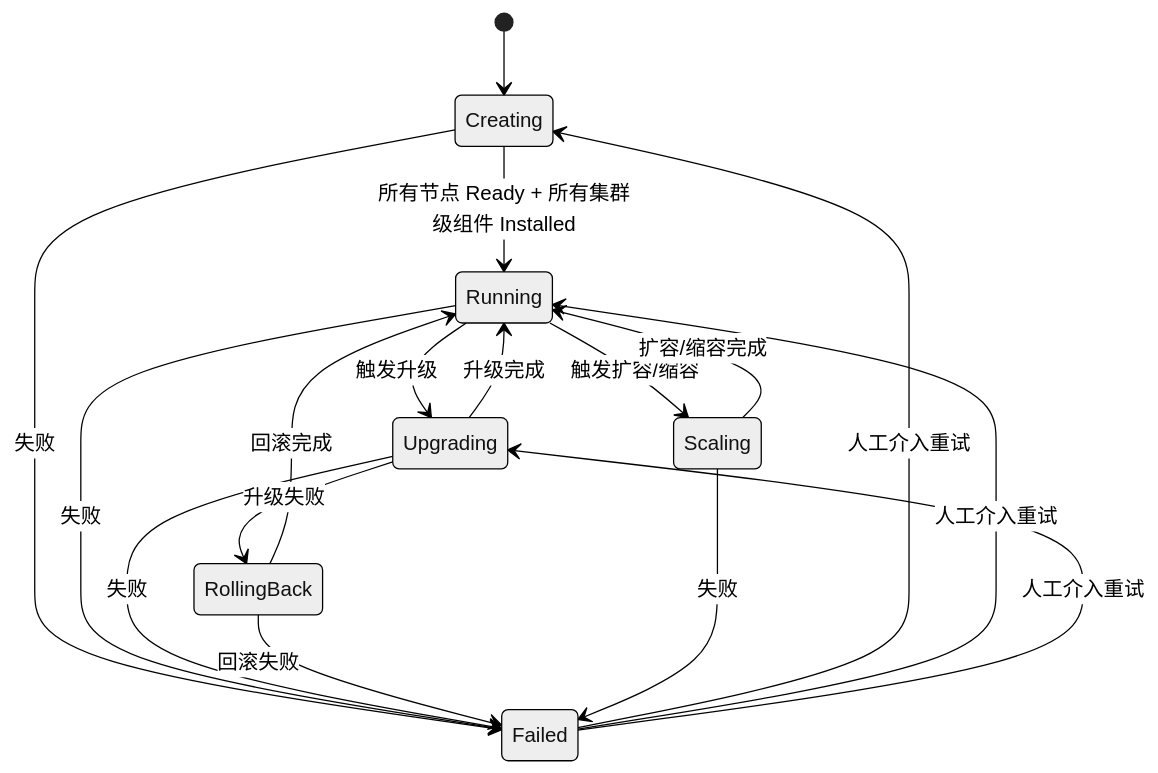
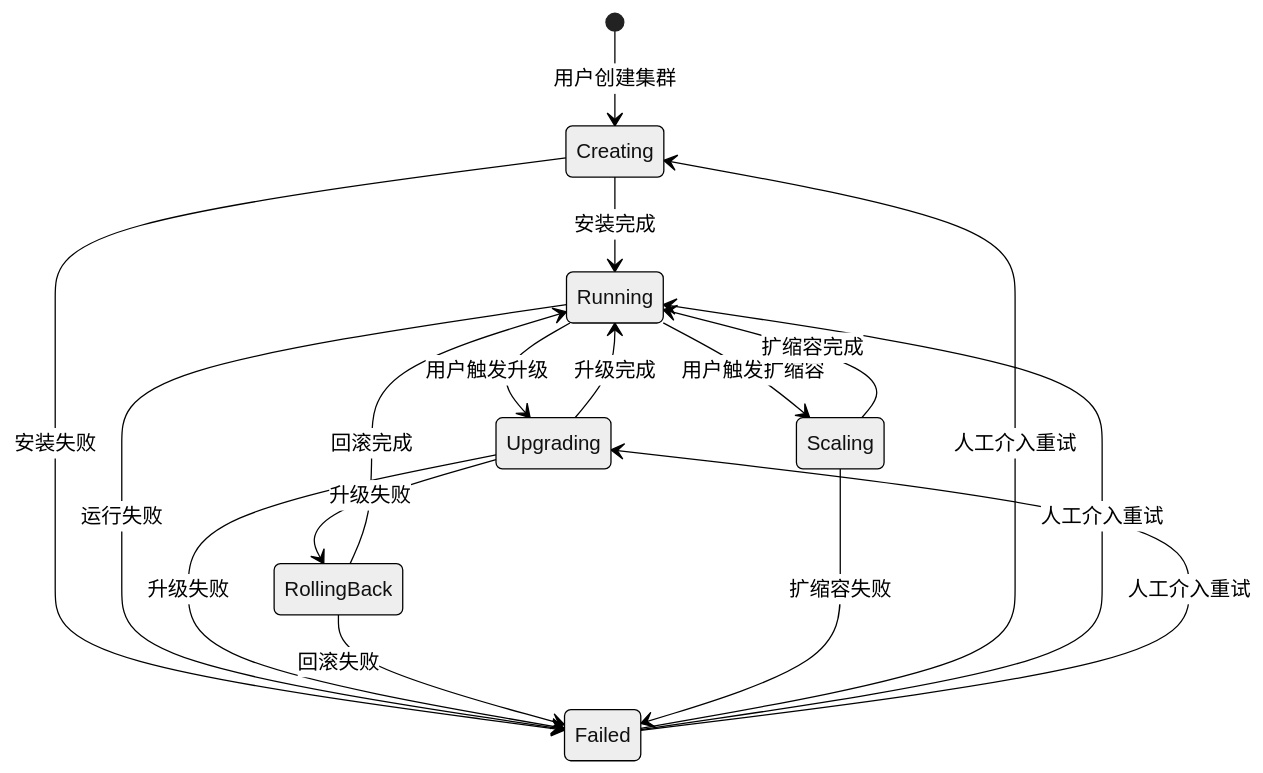
Before and after one commit to javadoors/cluster-api-provider-bke: the first of 3 diagrams in code/kep/kep6/kep6-state-machine-v3.md, drawn with Mermaid (neutral theme). The commit also changed other lines of this file, not shown here.

````diff
--- a/code/kep/kep6/kep6-state-machine-v3.md
+++ b/code/kep/kep6/kep6-state-machine-v3.md
@@ -154,24 +204,25 @@
 ```mermaid
 stateDiagram-v2
-    [*] --> Creating
-    Creating --> Running : 所有节点 Ready + 所有集群级组件 Installed
-    Creating --> Failed : 失败
+    [*] --> Creating : 用户创建集群
     
-    Running --> Upgrading : 触发升级
-    Running --> Scaling : 触发扩容/缩容
-    Running --> Failed : 失败
+    Creating --> Running : 安装完成
+    Creating --> Failed : 安装失败
+    
+    Running --> Upgrading : 用户触发升级
+    Running --> Scaling : 用户触发扩缩容
+    Running --> Failed : 运行失败
     
     Upgrading --> Running : 升级完成
     Upgrading --> RollingBack : 升级失败
-    Upgrading --> Failed : 失败
+    Upgrading --> Failed : 升级失败
     
     RollingBack --> Running : 回滚完成
     RollingBack --> Failed : 回滚失败
     
-    Scaling --> Running : 扩容/缩容完成
-    Scaling --> Failed : 失败
+    Scaling --> Running : 扩缩容完成
+    Scaling --> Failed : 扩缩容失败
     
     Failed --> Creating : 人工介入重试
     Failed --> Running : 人工介入重试
     Failed --> Upgrading : 人工介入重试
 ```
````
